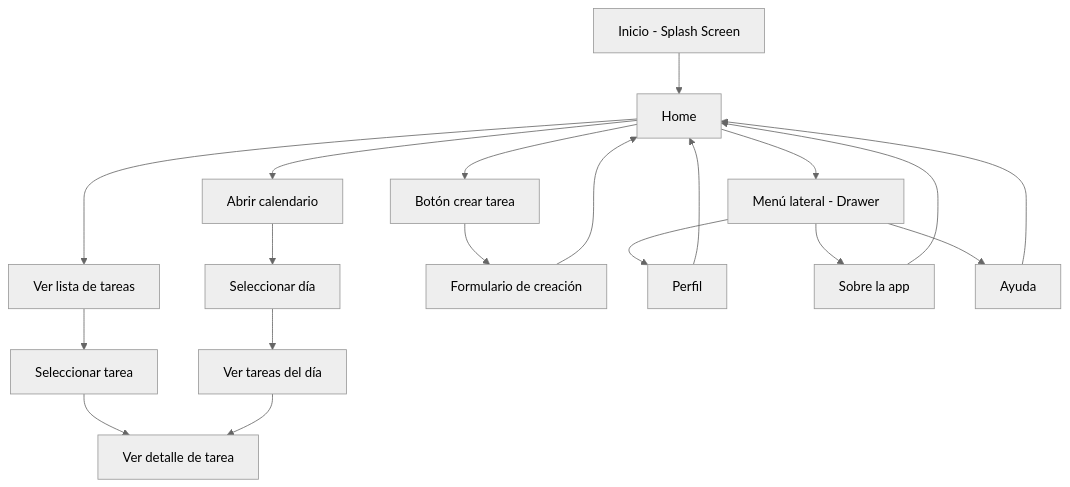
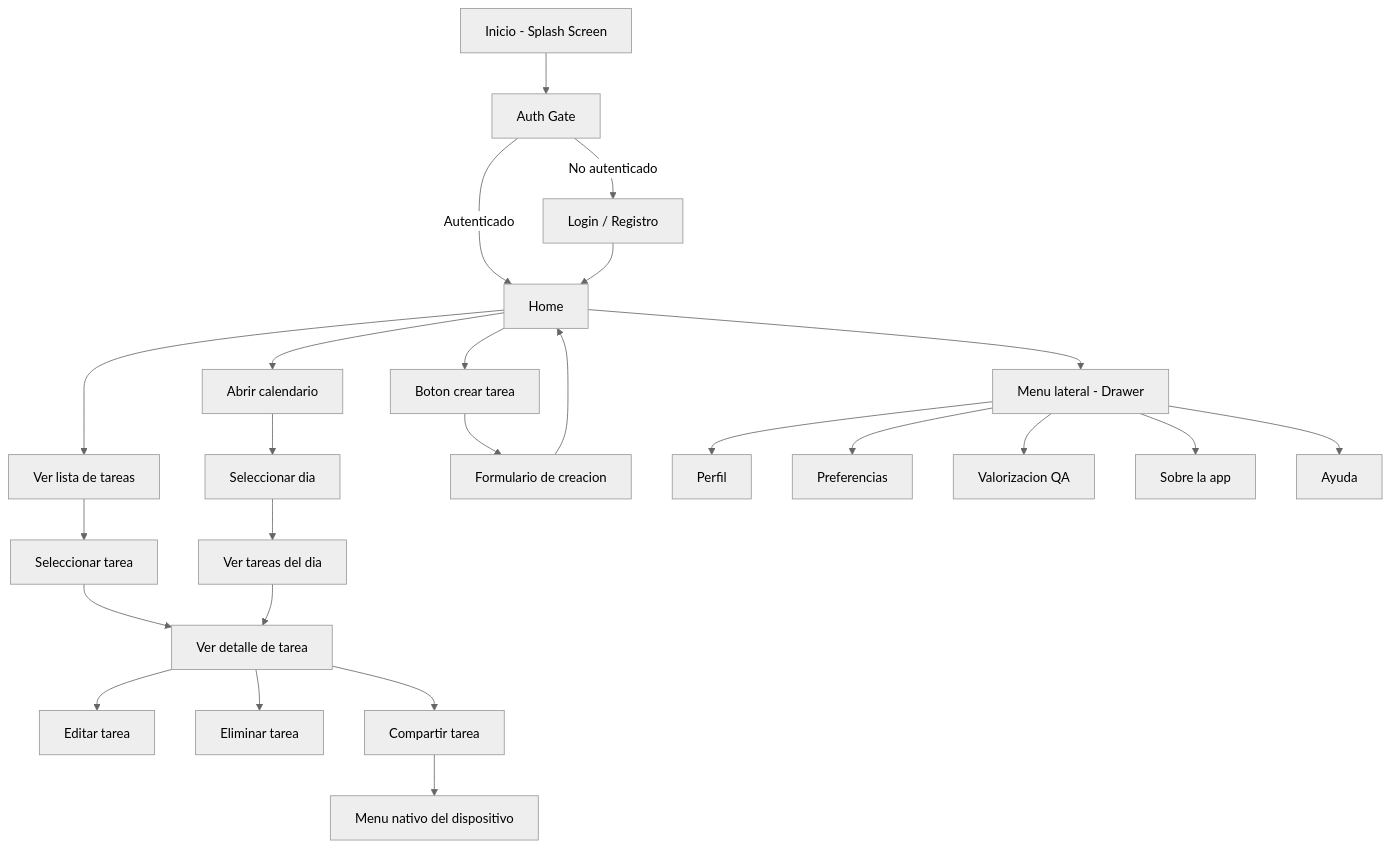
Before and after one commit to DavidMarvel-2409/myhomework: the first of 4 diagrams in README.md, drawn with Mermaid (neutral theme). The commit also changed other lines of this file and 4 other files, not shown here.

Commit message:
agregar funcionalidad de compartir tareas con share_plus

````diff
--- a/README.md
+++ b/README.md
@@ -144,29 +163,36 @@
 ```mermaid
 flowchart TD
 
-    A[Inicio - Splash Screen] --> B[Home]
+    A[Inicio - Splash Screen] --> B[Auth Gate]
 
-    B --> C[Ver lista de tareas]
-    B --> D[Abrir calendario]
+    B -->|No autenticado| C[Login / Registro]
+    B -->|Autenticado| D[Home]
 
-    C --> E[Seleccionar tarea]
-    E --> F[Ver detalle de tarea]
+    C --> D
 
-    D --> G[Seleccionar día]
-    G --> H[Ver tareas del día]
-    H --> F
+    D --> E[Ver lista de tareas]
+    D --> F[Abrir calendario]
 
-    B --> I[Botón crear tarea]
-    I --> J[Formulario de creación]
-    J --> B
+    E --> G[Seleccionar tarea]
+    G --> H[Ver detalle de tarea]
+    H --> I[Editar tarea]
+    H --> J[Eliminar tarea]
+    H --> K[Compartir tarea]
+    K --> L[Menu nativo del dispositivo]
 
-    B --> K[Menú lateral - Drawer]
+    F --> M[Seleccionar dia]
+    M --> N[Ver tareas del dia]
+    N --> H
 
-    K --> L[Perfil]
-    K --> M[Sobre la app]
-    K --> N[Ayuda]
+    D --> O[Boton crear tarea]
+    O --> P[Formulario de creacion]
+    P --> D
 
-    L --> B
-    M --> B
-    N --> B
+    D --> Q[Menu lateral - Drawer]
+
+    Q --> R[Perfil]
+    Q --> S[Preferencias]
+    Q --> T[Valorizacion QA]
+    Q --> U[Sobre la app]
+    Q --> V[Ayuda]
 ```
````
